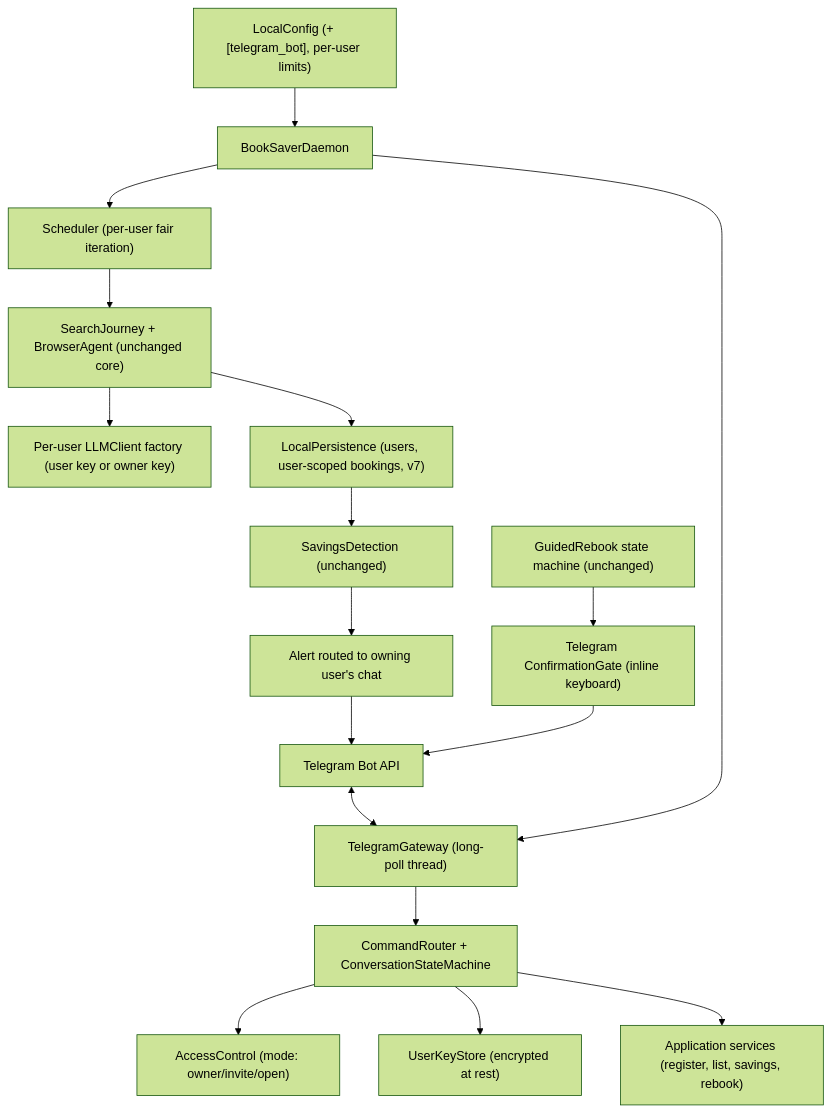
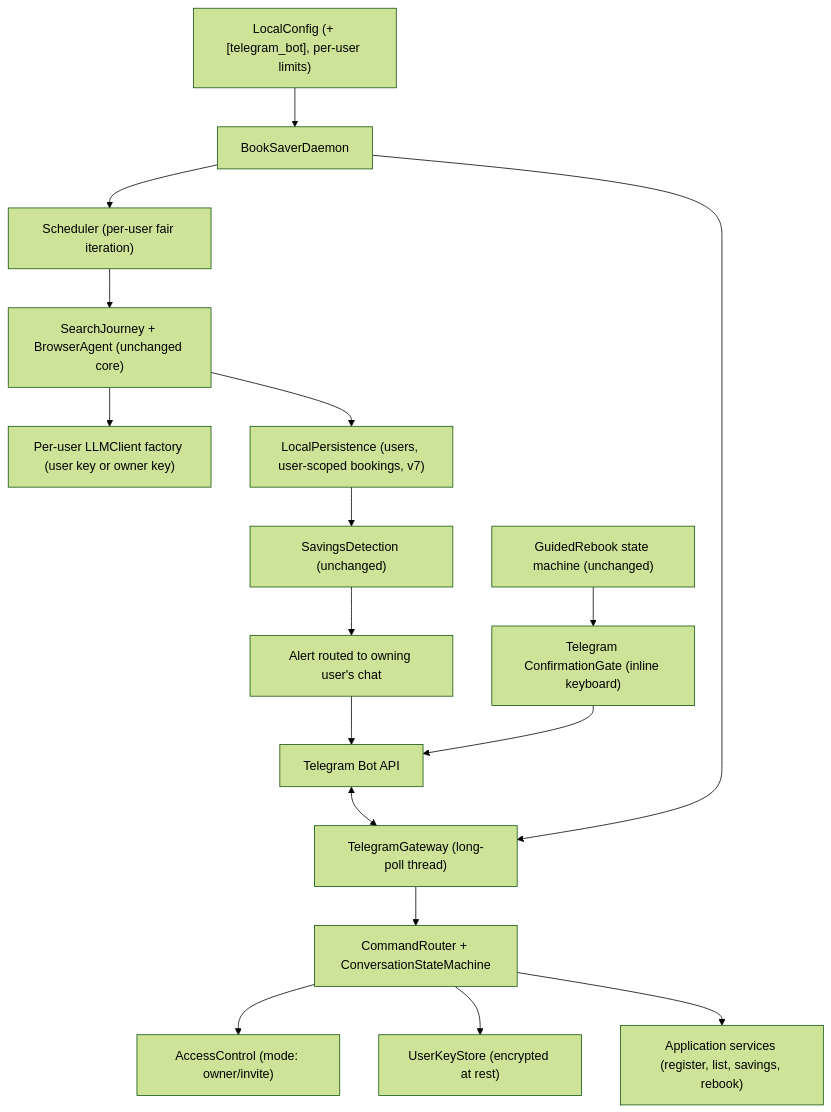
One commit to romkagribok/booksaver-agent changed the diagram in memory-bank/intents/003-telegram-interface/system-context.md. Above: the diagram before and after it, drawn with Mermaid (forest theme). The commit also changed other lines of this file and 11 other files, not shown here.

First line of the commit message:
Intent 003 Checkpoint 1 validated: cut open mode, hybrid LLM billing, VPS-first with early IP validation

````diff
--- a/memory-bank/intents/003-telegram-interface/system-context.md
+++ b/memory-bank/intents/003-telegram-interface/system-context.md
@@ -30,19 +33,19 @@
 ```mermaid
 flowchart TB
     TG["Telegram Bot API"] <--> BotLoop["TelegramGateway (long-poll thread)"]
     BotLoop --> Router["CommandRouter + ConversationStateMachine"]
-    Router --> Access["AccessControl (mode: owner/invite/open)"]
+    Router --> Access["AccessControl (mode: owner/invite)"]
     Router --> Keys["UserKeyStore (encrypted at rest)"]
     Router --> AppServices["Application services (register, list, savings, rebook)"]
     Config["LocalConfig (+ [telegram_bot], per-user limits)"] --> Daemon["BookSaverDaemon"]
     Daemon --> BotLoop
     Daemon --> Scheduler["Scheduler (per-user fair iteration)"]
     Scheduler --> Journey["SearchJourney + BrowserAgent (unchanged core)"]
     Journey --> LLMFactory["Per-user LLMClient factory (user key or owner key)"]
     Journey --> Store["LocalPersistence (users, user-scoped bookings, v7)"]
     Store --> Savings["SavingsDetection (unchanged)"]
     Savings --> Notify["Alert routed to owning user's chat"]
     Notify --> TG
     Rebook["GuidedRebook state machine (unchanged)"] --> TGGate["Telegram ConfirmationGate (inline keyboard)"]
     TGGate --> TG
 ```
````
